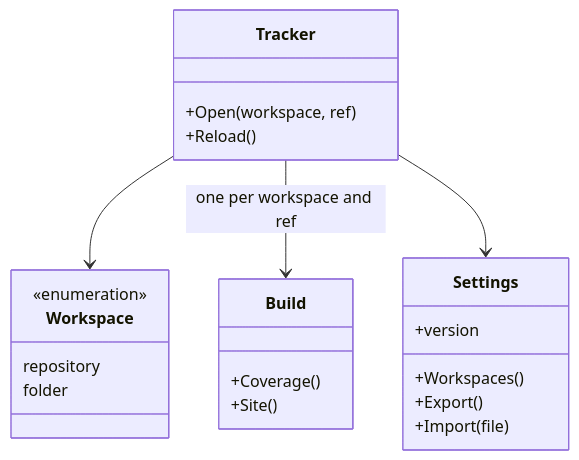
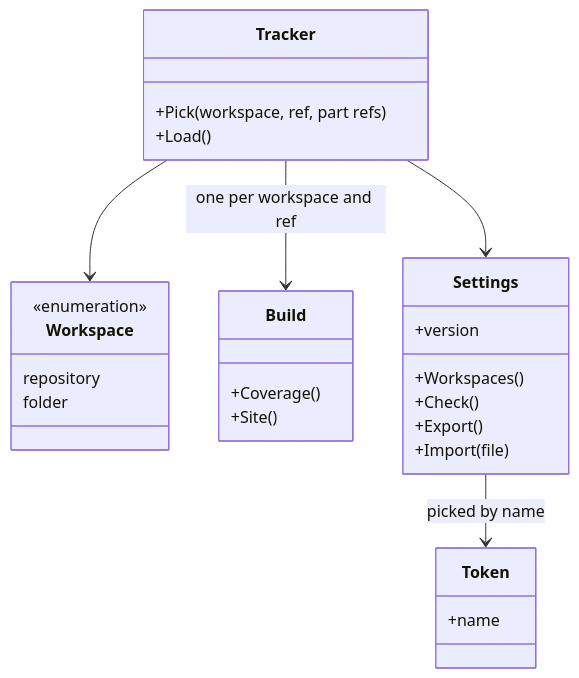
Before and after one commit to hieutran21198/Artifact-Driven-Framework: the first of 2 diagrams in docs/software-knowledges/artifacts/tracker/specification.md, drawn with Mermaid. The commit also changed other lines of this file and 6 other files, not shown here.

````diff
--- a/docs/software-knowledges/artifacts/tracker/specification.md
+++ b/docs/software-knowledges/artifacts/tracker/specification.md
@@ -10,25 +10,30 @@
 ```mermaid
 classDiagram
     class Tracker {
-        +Open(workspace, ref)
-        +Reload()
+        +Pick(workspace, ref, part refs)
+        +Load()
     }
     class Workspace {
         <<enumeration>>
         repository
         folder
     }
     class Build {
         +Coverage()
         +Site()
     }
     class Settings {
         +version
         +Workspaces()
+        +Check()
         +Export()
         +Import(file)
     }
     Tracker --> Workspace
     Tracker --> Build : one per workspace and ref
+    class Token {
+        +name
+    }
     Tracker --> Settings
+    Settings --> Token : picked by name
 ```
````
